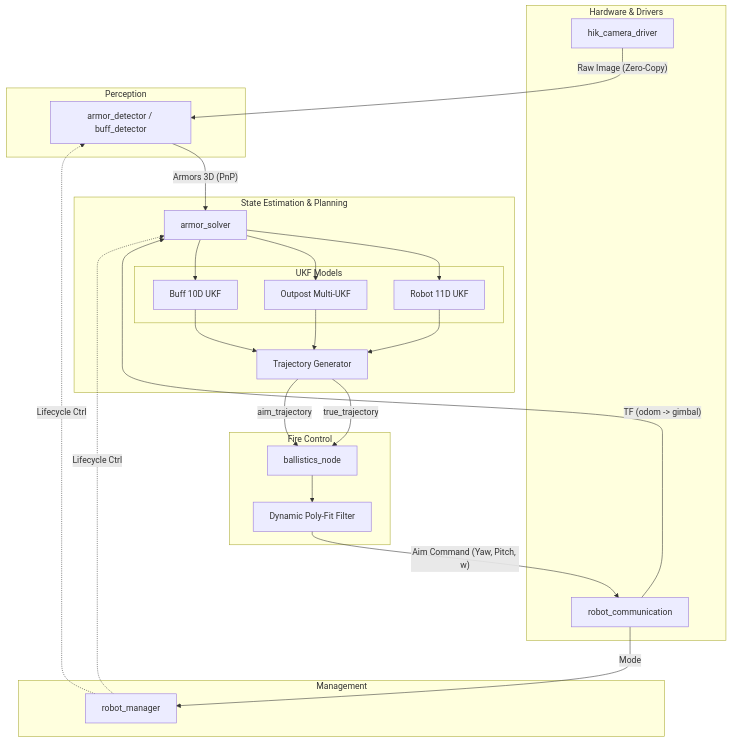
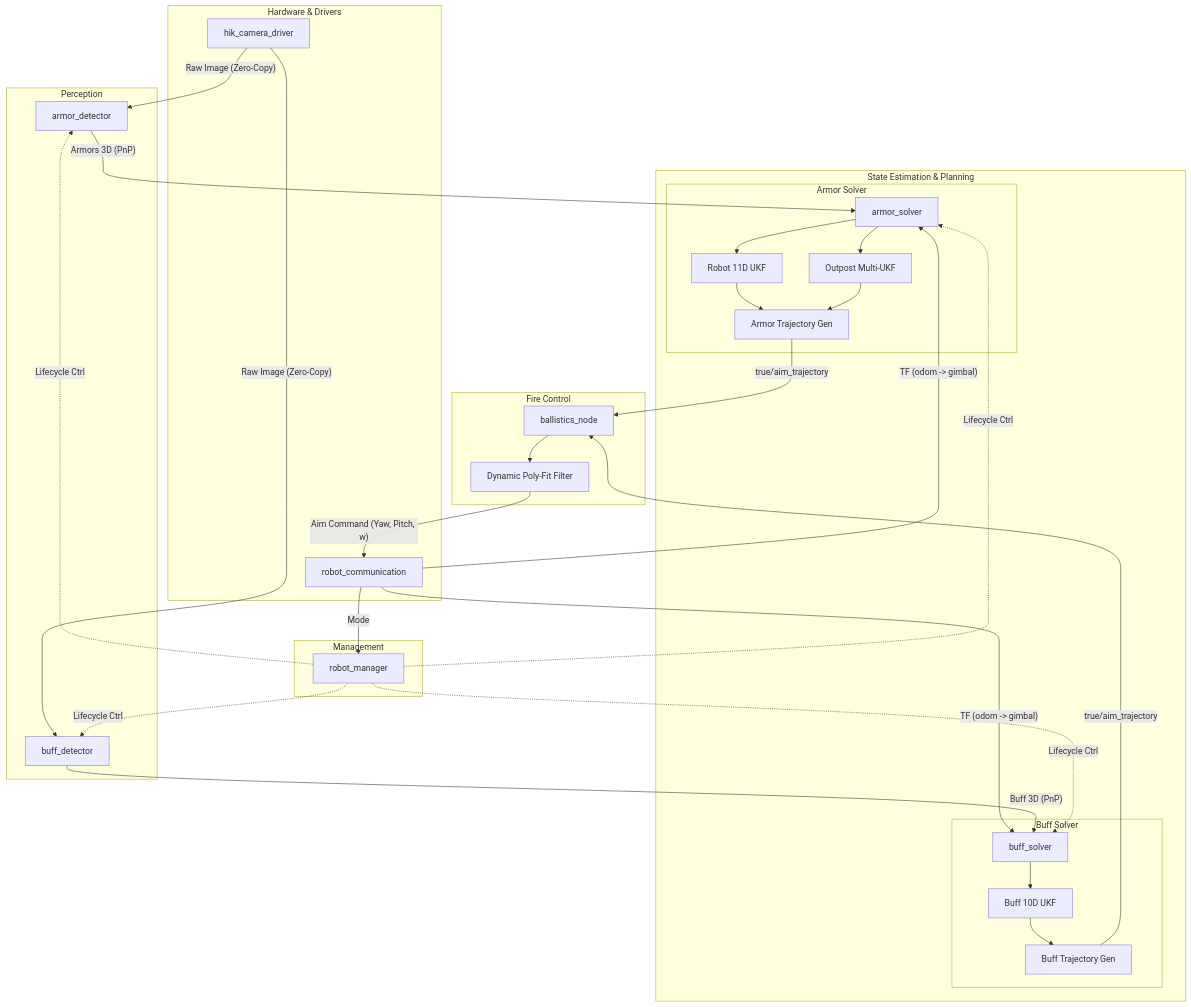
The diagram in docs/system_architecture.md (laohantuiche01/plane_autoaim), drawn with Mermaid before and after one commit.

Commit message:
[MOD]修改了mermaid图的结构

````diff
--- a/docs/system_architecture.md
+++ b/docs/system_architecture.md
@@ -19,56 +19,63 @@
 ```mermaid
 graph TD
     %% 硬件与驱动层
     subgraph Hardware & Drivers
         Cam[hik_camera_driver]
         Serial[robot_communication]
     end
 
     %% 感知层
     subgraph Perception
-        Det[armor_detector / buff_detector]
+        ArmorDet[armor_detector]
+        BuffDet[buff_detector]
     end
 
     %% 预测与规划层
     subgraph State Estimation & Planning
-        Solv[armor_solver]
-        
-        subgraph UKF Models
+        subgraph Armor Solver
+            ArmorSolv[armor_solver]
             UKF_R[Robot 11D UKF]
             UKF_O[Outpost Multi-UKF]
-            UKF_B[Buff 10D UKF]
+            ArmorTraj[Armor Trajectory Gen]
         end
         
-        Traj[Trajectory Generator]
+        subgraph Buff Solver
+            BuffSolv[buff_solver]
+            UKF_B[Buff 10D UKF]
+            BuffTraj[Buff Trajectory Gen]
+        end
     end
 
     %% 控制与解算层
     subgraph Fire Control
         Bal[ballistics_node]
         SG[Dynamic Poly-Fit Filter]
     end
     
     %% 管理层
     subgraph Management
         Mgr[robot_manager]
     end
 
     %% 数据流线
-    Cam -- "Raw Image (Zero-Copy)" --> Det
-    Serial -- "TF (odom -> gimbal)" --> Solv
+    Cam -- "Raw Image (Zero-Copy)" --> ArmorDet & BuffDet
+    Serial -- "TF (odom -> gimbal)" --> ArmorSolv & BuffSolv
     Serial -- "Mode" --> Mgr
 
-    Det -- "Armors 3D (PnP)" --> Solv
+    ArmorDet -- "Armors 3D (PnP)" --> ArmorSolv
+    BuffDet -- "Buff 3D (PnP)" --> BuffSolv
     
-    Solv --> UKF_R & UKF_O & UKF_B
-    UKF_R & UKF_O & UKF_B --> Traj
+    ArmorSolv --> UKF_R & UKF_O
+    UKF_R & UKF_O --> ArmorTraj
     
-    Traj -- "true_trajectory" --> Bal
-    Traj -- "aim_trajectory" --> Bal
+    BuffSolv --> UKF_B
+    UKF_B --> BuffTraj
+    
+    ArmorTraj & BuffTraj -- "true/aim_trajectory" --> Bal
     
     Bal --> SG
     SG -- "Aim Command (Yaw, Pitch, w)" --> Serial
     
-    Mgr -. "Lifecycle Ctrl" .-> Det
-    Mgr -. "Lifecycle Ctrl" .-> Solv
+    Mgr -. "Lifecycle Ctrl" .-> ArmorDet & BuffDet
+    Mgr -. "Lifecycle Ctrl" .-> ArmorSolv & BuffSolv
 ```
````
